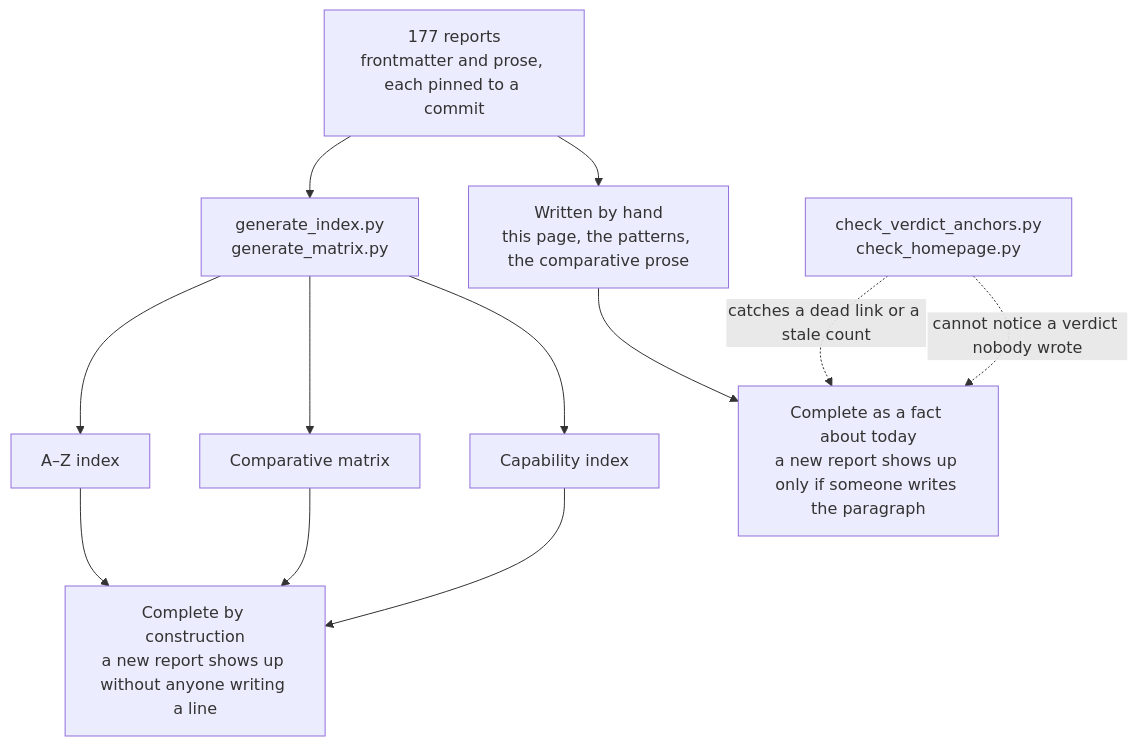
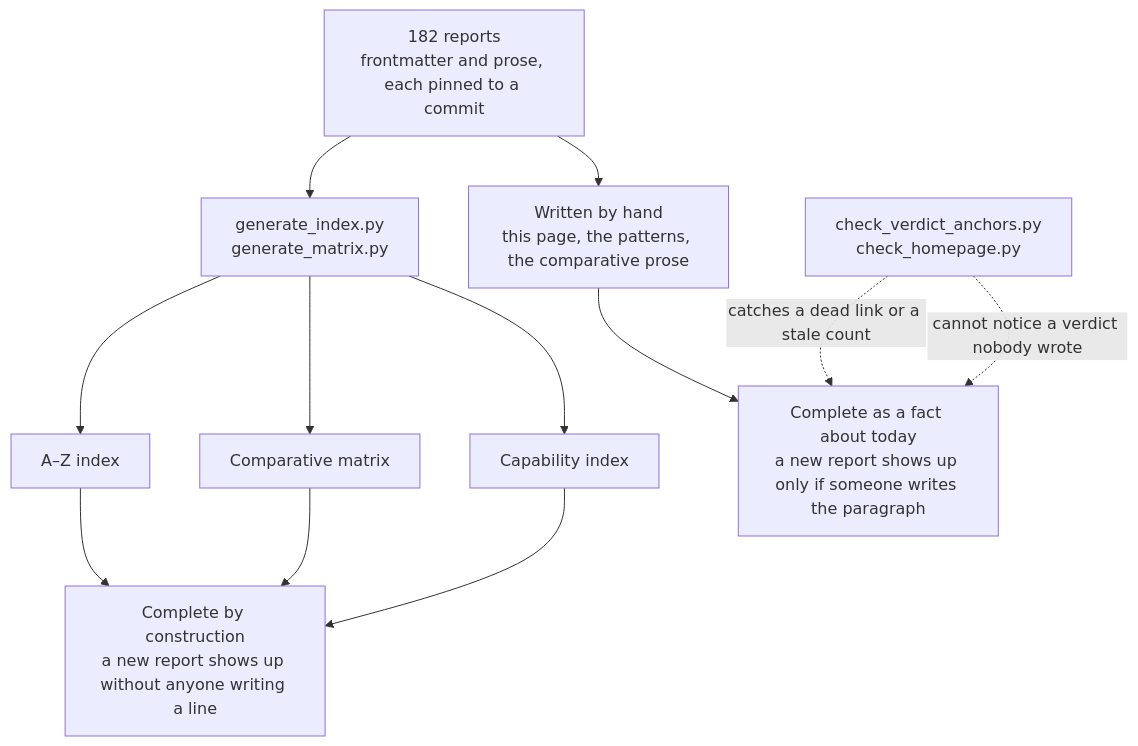
The diagram in content/verdicts.md (neoneye/agent-memory-atlas), drawn with Mermaid before and after one commit. The commit also changed other lines of this file and 27 other files, not shown here.

````diff
--- a/content/verdicts.md
+++ b/content/verdicts.md
@@ -40,15 +40,15 @@
 ```mermaid
 flowchart TD
-    R["177 reports<br/>frontmatter and prose, each pinned to a commit"]
+    R["182 reports<br/>frontmatter and prose, each pinned to a commit"]
     R --> GEN["generate_index.py<br/>generate_matrix.py"]
     R --> HAND["Written by hand<br/>this page, the patterns, the comparative prose"]
     GEN --> AZ["A–Z index"]
     GEN --> MX["Comparative matrix"]
     GEN --> CI["Capability index"]
     AZ --> CONST["Complete by construction<br/>a new report shows up without anyone writing a line"]
     MX --> CONST
     CI --> CONST
     HAND --> TODAY["Complete as a fact about today<br/>a new report shows up only if someone writes the paragraph"]
     CHK["check_verdict_anchors.py<br/>check_homepage.py"] -.->|"catches a dead link or a stale count"| TODAY
     CHK -.->|"cannot notice a verdict nobody wrote"| TODAY
 ```
````
